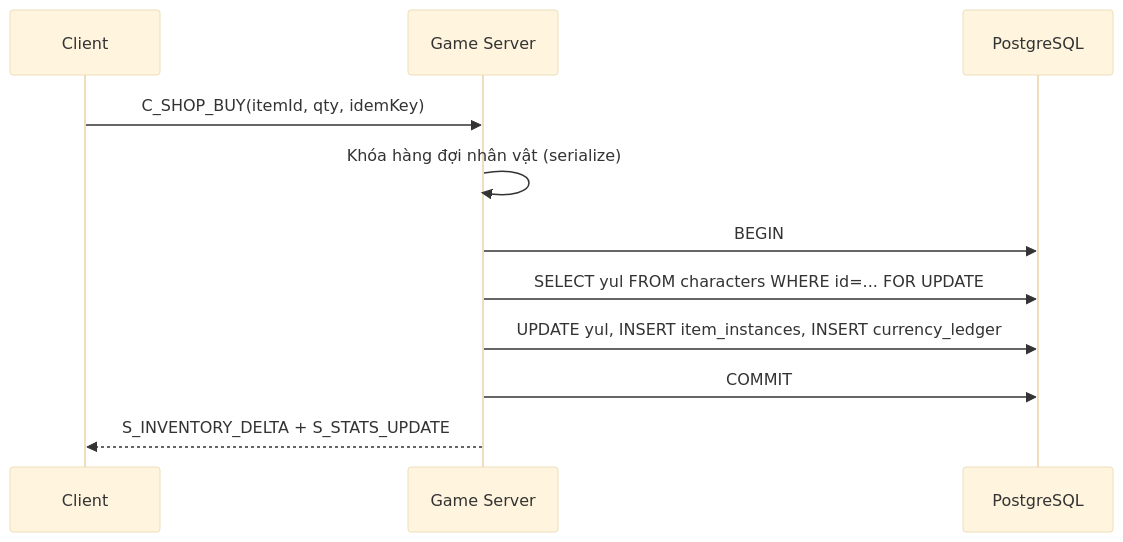
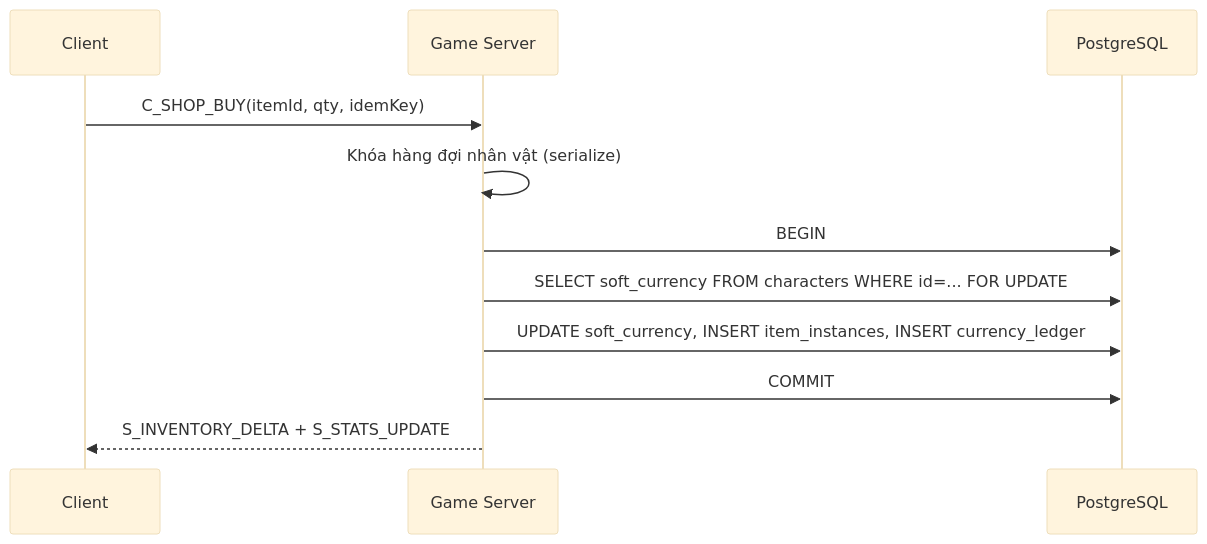
The fifth of 5 diagrams in docs/architecture/system-architecture.md (thehuygnouhk/game-2d), drawn with Mermaid (base theme) before and after one commit. The commit also changed other lines of this file and 35 other files, not shown here.

````diff
--- a/docs/architecture/system-architecture.md
+++ b/docs/architecture/system-architecture.md
@@ -199,13 +199,13 @@
 ```mermaid
 sequenceDiagram
     participant C as Client
     participant G as Game Server
     participant D as PostgreSQL
     C->>G: C_SHOP_BUY(itemId, qty, idemKey)
     G->>G: Khóa hàng đợi nhân vật (serialize)
     G->>D: BEGIN
-    G->>D: SELECT yul FROM characters WHERE id=... FOR UPDATE
-    G->>D: UPDATE yul, INSERT item_instances, INSERT currency_ledger
+    G->>D: SELECT soft_currency FROM characters WHERE id=... FOR UPDATE
+    G->>D: UPDATE soft_currency, INSERT item_instances, INSERT currency_ledger
     G->>D: COMMIT
     G-->>C: S_INVENTORY_DELTA + S_STATS_UPDATE
 ```
````
